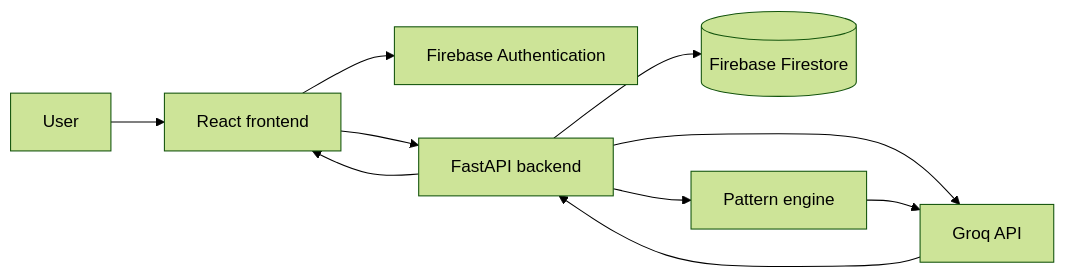
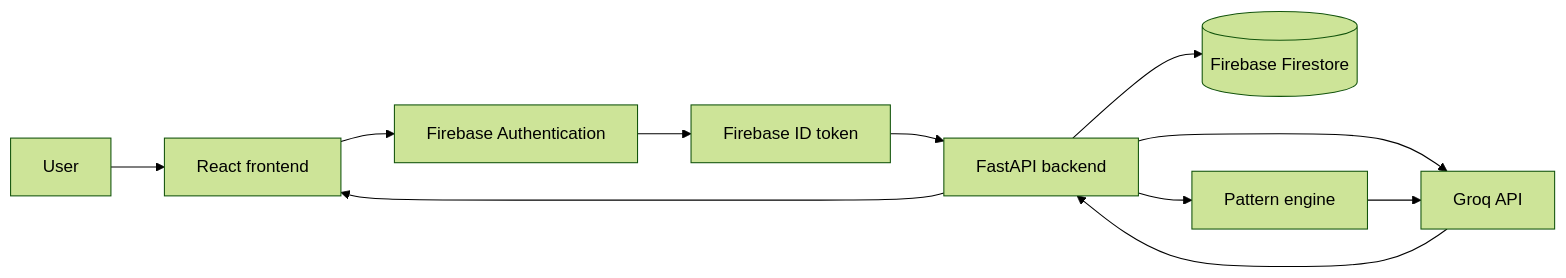
One commit to ManojKumarBhagavatula/mitra-frontend changed the diagram in README.md. Above: the diagram before and after it, drawn with Mermaid (forest theme). The commit also changed other lines of this file, not shown here.

Commit message:
Document Firebase token authentication flow

````diff
--- a/README.md
+++ b/README.md
@@ -35,12 +36,13 @@
 ```mermaid
 flowchart LR
     U[User] --> FE[React frontend]
     FE --> AUTH[Firebase Authentication]
-    FE --> API[FastAPI backend]
+    AUTH --> TOKEN[Firebase ID token]
+    TOKEN --> API[FastAPI backend]
     API --> DB[(Firebase Firestore)]
     API --> LLM[Groq API]
     API --> PE[Pattern engine]
     PE --> LLM
     LLM --> API
     API --> FE
 ```
````
